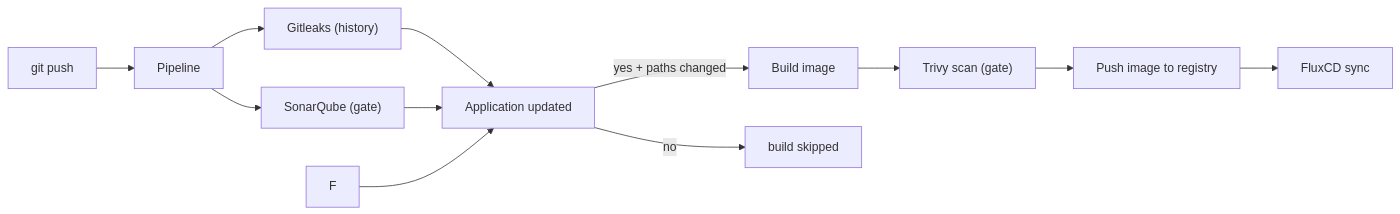
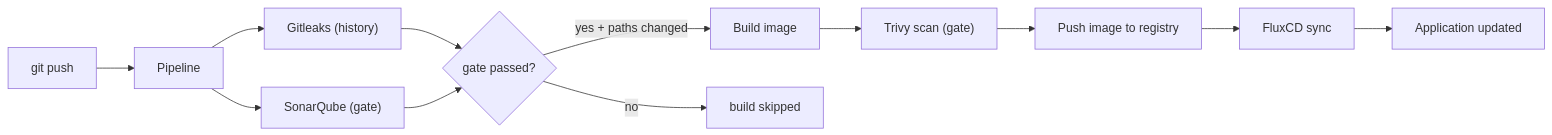
Before and after one commit to traipoap/gitops-platform: the fourth of 4 diagrams in README.md, drawn with Mermaid. The commit also changed other lines of this file, not shown here.

````diff
--- a/README.md
+++ b/README.md
@@ -605,14 +605,14 @@
 ```mermaid
 flowchart LR
     A["git push"] --> B["Pipeline"]
     B --> S1["Gitleaks (history)"]
     B --> S2["SonarQube (gate)"]
     S1 --> G{"gate passed?"}
     S2 --> G
     G -->|"yes + paths changed"| C["Build image"]
     G -->|"no"| X["build skipped"]
     C --> T["Trivy scan (gate)"]
     T --> D["Push image to registry"]
     D --> E["FluxCD sync"]
-    F --> G["Application updated"]
+    E --> H["Application updated"]
 ```
````
